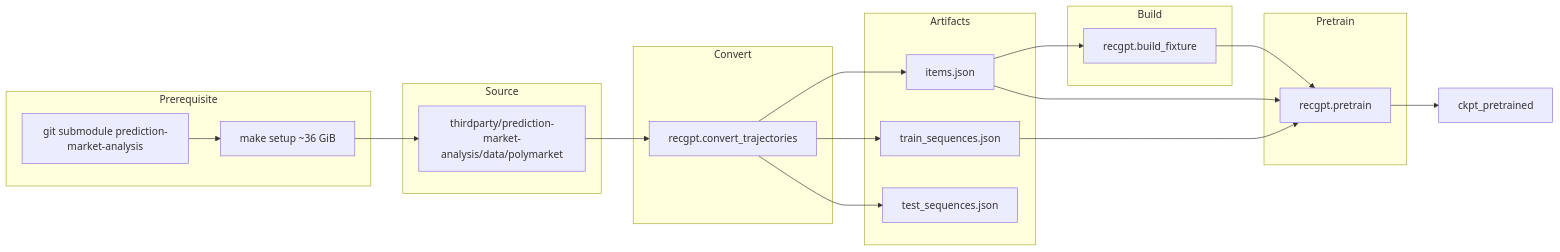
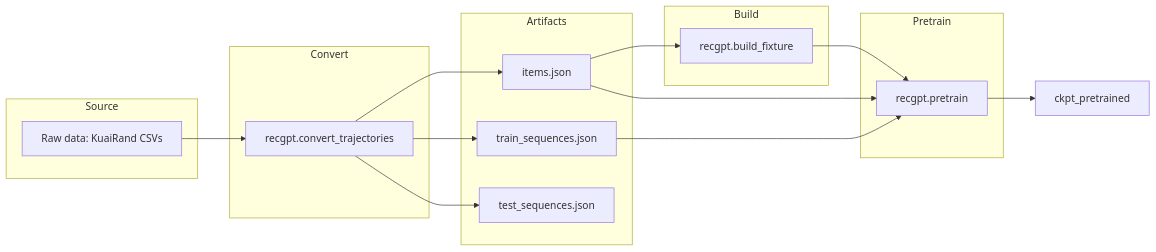
Before and after one commit to V-Sekai-archive/elixir-cold-recommendation: the diagram in docs/features/93_pretraining_plan.md, drawn with Mermaid. The commit also changed other lines of this file and 57 other files, not shown here.

````diff
--- a/docs/features/93_pretraining_plan.md
+++ b/docs/features/93_pretraining_plan.md
@@ -47,41 +45,34 @@
 ```mermaid
 flowchart LR
-    subgraph prereq [Prerequisite]
-        Submod[git submodule prediction-market-analysis]
-        MakeSetup[make setup ~36 GiB]
-        Submod --> MakeSetup
-    end
-
     subgraph src [Source]
-        Parquet[thirdparty/prediction-market-analysis/data/polymarket]
+        Data[Raw data: KuaiRand CSVs]
     end
 
     subgraph convert [Convert]
         ConvertTraj[recgpt.convert_trajectories]
     end
 
     subgraph artifacts [Artifacts]
         Items[items.json]
         Train[train_sequences.json]
         Test[test_sequences.json]
     end
 
     subgraph build [Build]
         BuildFix[recgpt.build_fixture]
     end
 
     subgraph pretrain [Pretrain]
         PretrainTask[recgpt.pretrain]
     end
 
-    MakeSetup --> Parquet
-    Parquet --> ConvertTraj
+    Data --> ConvertTraj
     ConvertTraj --> Items
     ConvertTraj --> Train
     ConvertTraj --> Test
     Items --> BuildFix
     BuildFix --> PretrainTask
     Train --> PretrainTask
     Items --> PretrainTask
     PretrainTask --> Ckpt[ckpt_pretrained]
 ```
````
